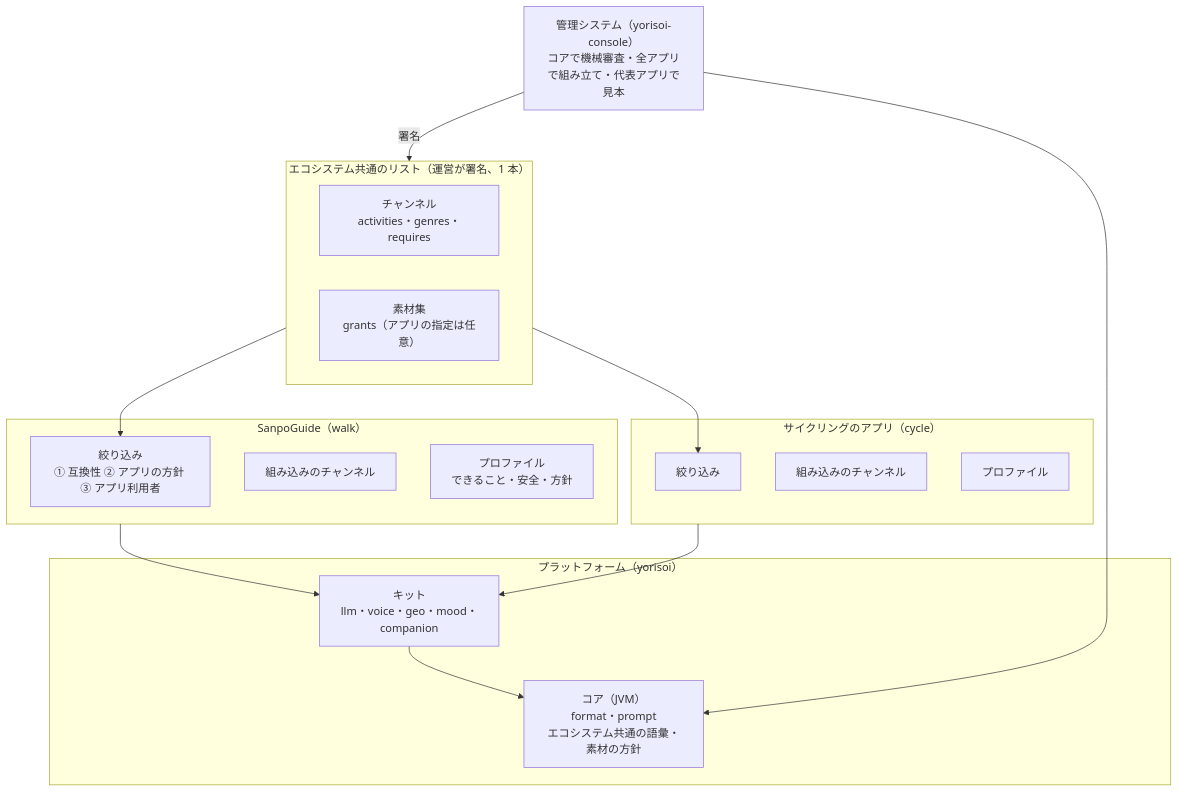
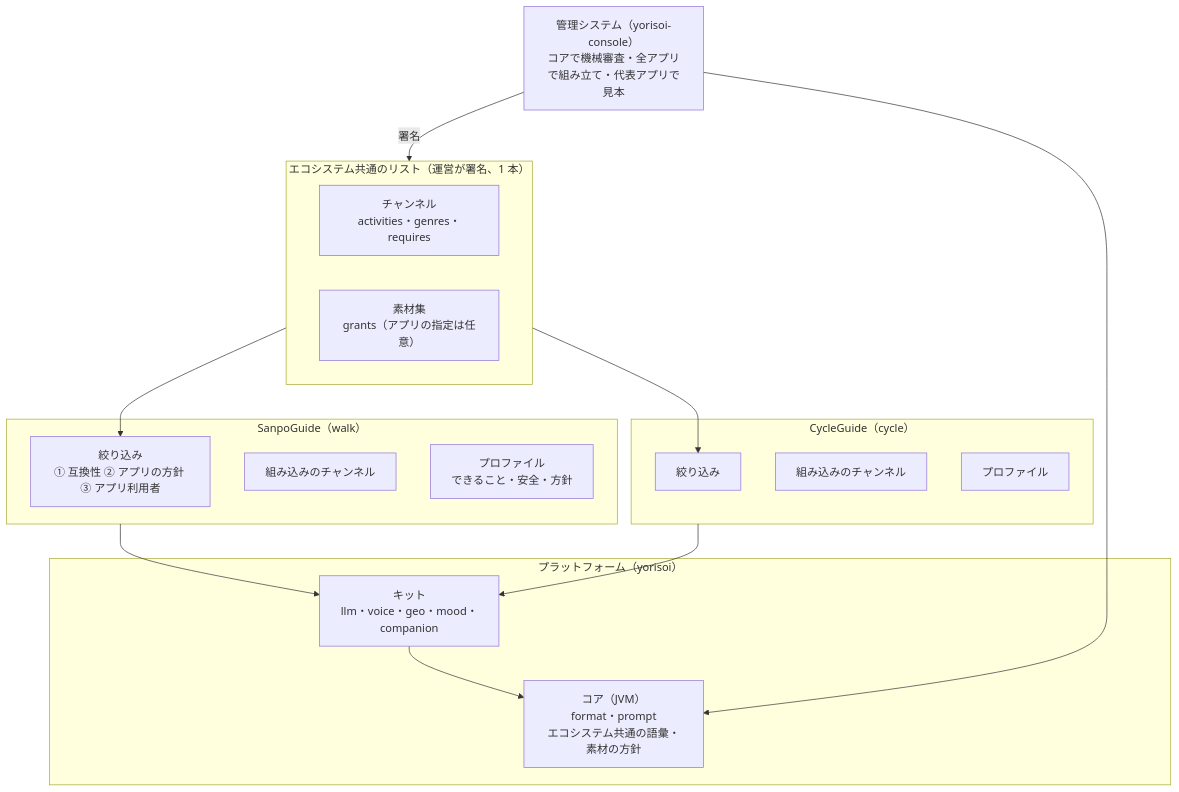
The diagram in docs/decisions/ADR-ECOSYSTEM-PLATFORM.md (duwenji/yorisoi-platform), drawn with Mermaid before and after one commit. The commit also changed other lines of this file and 6 other files, not shown here.

Commit message:
CycleGuide のアプリの ID を足し、T-1・T-2 の順番とイヤホンの扱いを直す

````diff
--- a/docs/decisions/ADR-ECOSYSTEM-PLATFORM.md
+++ b/docs/decisions/ADR-ECOSYSTEM-PLATFORM.md
@@ -116,25 +116,25 @@
 ```mermaid
 flowchart TB
     subgraph POOL["エコシステム共通のリスト（運営が署名、1 本）"]
         CH["チャンネル<br/>activities・genres・requires"]
         COL["素材集<br/>grants（アプリの指定は任意）"]
     end
     subgraph A1["SanpoGuide（walk）"]
         F1["絞り込み<br/>① 互換性 ② アプリの方針 ③ アプリ利用者"]
         B1["組み込みのチャンネル"]
         P1["プロファイル<br/>できること・安全・方針"]
     end
-    subgraph A2["サイクリングのアプリ（cycle）"]
+    subgraph A2["CycleGuide（cycle）"]
         F2["絞り込み"]
         B2["組み込みのチャンネル"]
         P2["プロファイル"]
     end
     POOL --> F1 & F2
     subgraph PF["プラットフォーム（yorisoi）"]
         K["キット<br/>llm・voice・geo・mood・companion"]
         C["コア（JVM）<br/>format・prompt<br/>エコシステム共通の語彙・素材の方針"]
     end
     A1 & A2 --> K --> C
     OPS["管理システム（yorisoi-console）<br/>コアで機械審査・全アプリで組み立て・代表アプリで見本"] -- "署名" --> POOL
     OPS --> C
 ```
````
